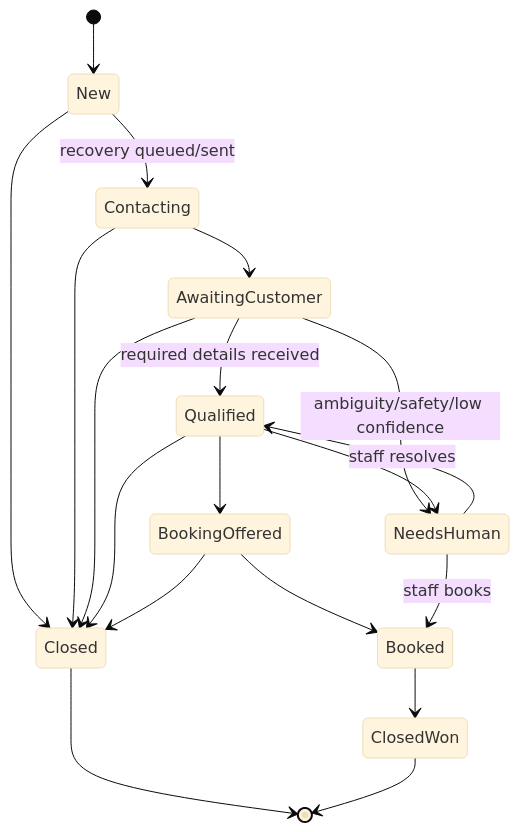
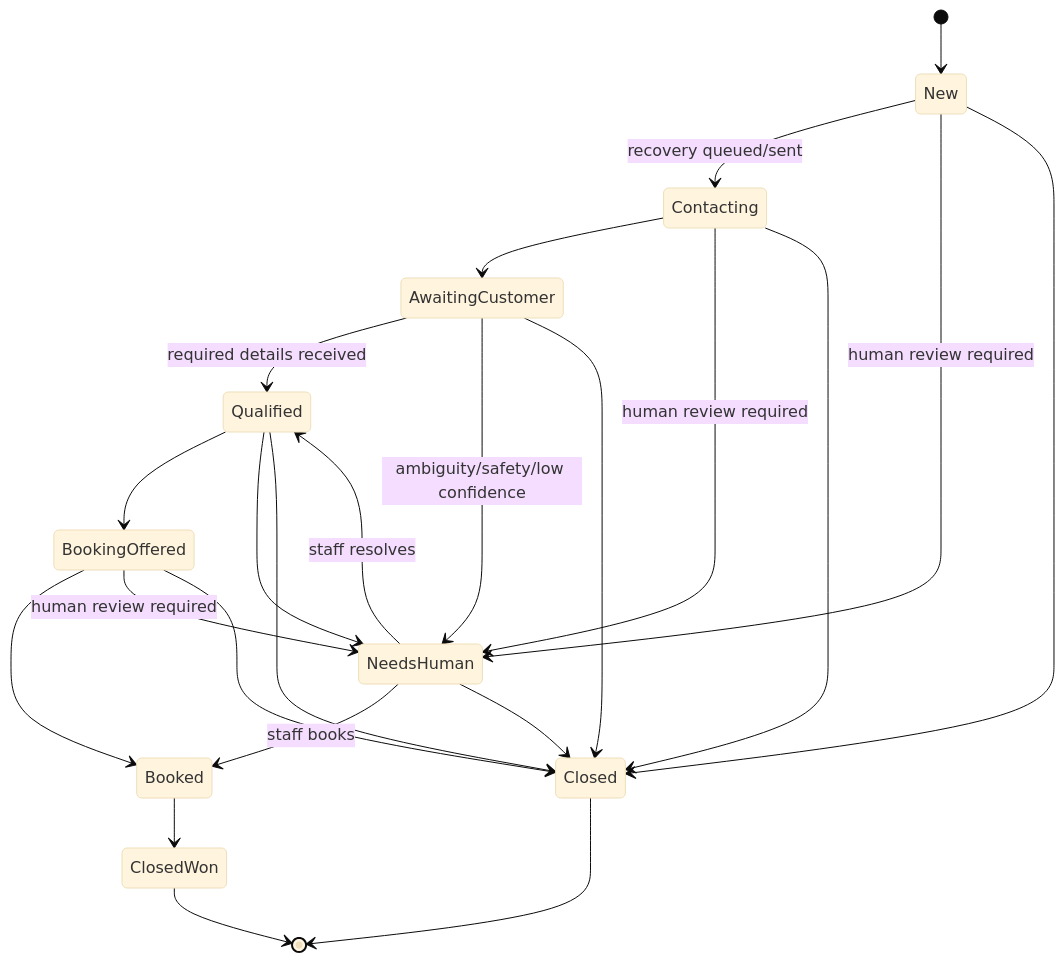
One commit to Yashraj-Rathore/LeadRecovery changed the fifth of 6 diagrams in CODEX_MASTER_IMPLEMENTATION_SPEC.md. Above: the diagram before and after it, drawn with Mermaid (base theme). The commit also changed other lines of this file and 52 other files, not shown here.

````diff
--- a/CODEX_MASTER_IMPLEMENTATION_SPEC.md
+++ b/CODEX_MASTER_IMPLEMENTATION_SPEC.md
@@ -1018,21 +1022,25 @@
 ```mermaid
 stateDiagram-v2
     [*] --> New
     New --> Contacting: recovery queued/sent
+    New --> NeedsHuman: human review required
     Contacting --> AwaitingCustomer
+    Contacting --> NeedsHuman: human review required
     AwaitingCustomer --> Qualified: required details received
     AwaitingCustomer --> NeedsHuman: ambiguity/safety/low confidence
     Qualified --> BookingOffered
     BookingOffered --> Booked
+    BookingOffered --> NeedsHuman: human review required
     Qualified --> NeedsHuman
     NeedsHuman --> Qualified: staff resolves
     NeedsHuman --> Booked: staff books
     New --> Closed
     Contacting --> Closed
     AwaitingCustomer --> Closed
     Qualified --> Closed
     BookingOffered --> Closed
+    NeedsHuman --> Closed
     Booked --> ClosedWon
     Closed --> [*]
     ClosedWon --> [*]
 ```
````
